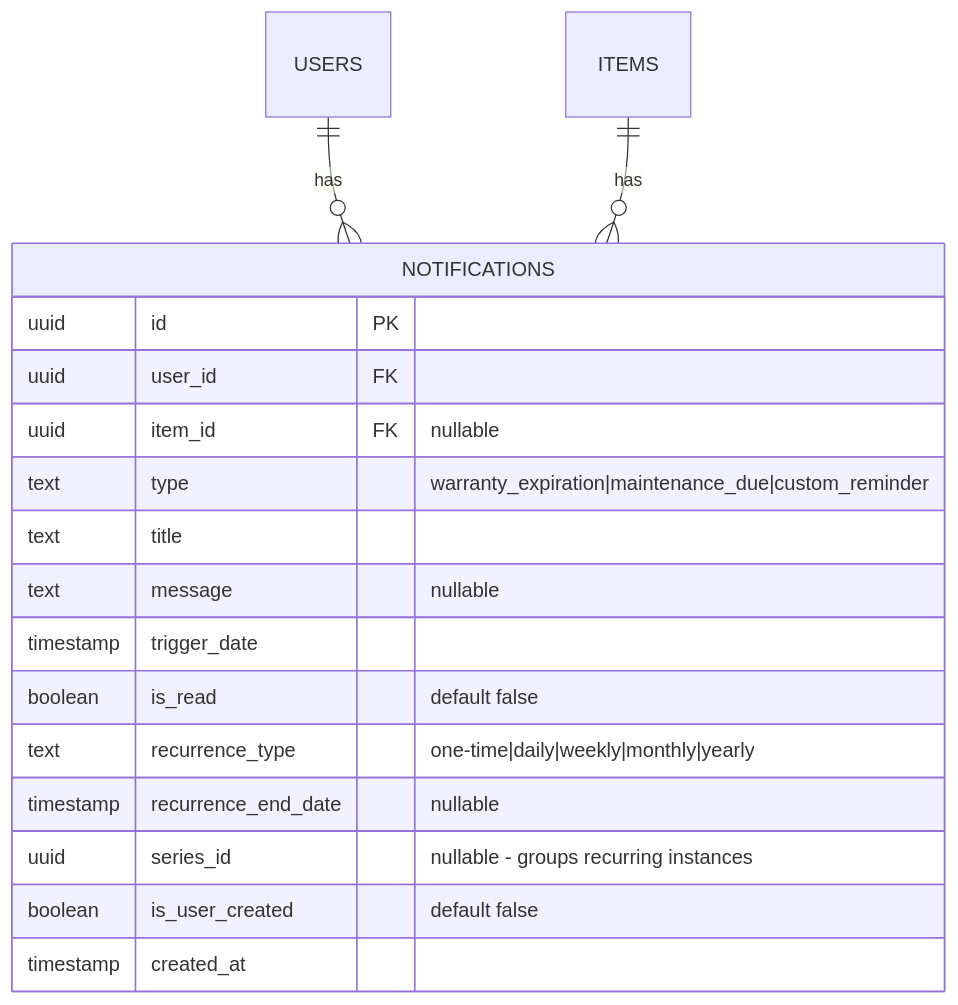
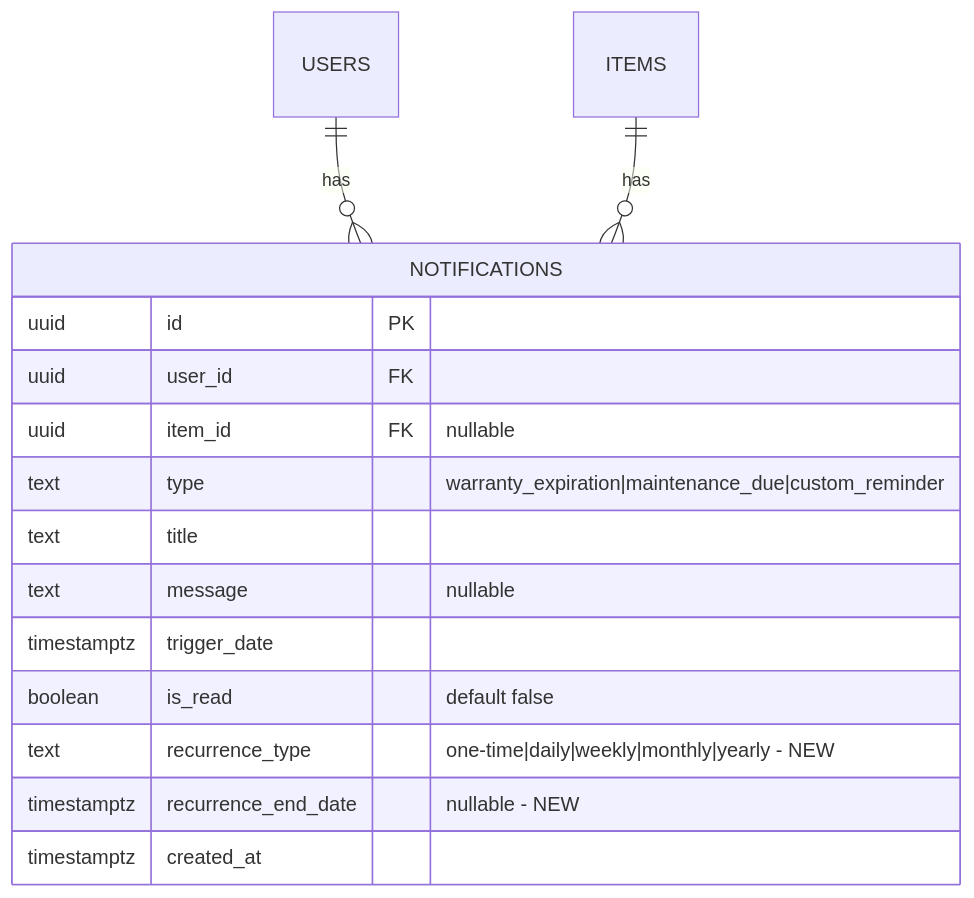
Before and after one commit to dalepike/sifi: the diagram in docs/plans/2026-02-02-feat-item-level-custom-notifications-plan.md, drawn with Mermaid. The commit also changed other lines of this file and 15 other files, not shown here.

````diff
--- a/docs/plans/2026-02-02-feat-item-level-custom-notifications-plan.md
+++ b/docs/plans/2026-02-02-feat-item-level-custom-notifications-plan.md
@@ -275,21 +547,19 @@
 ```mermaid
 erDiagram
     USERS ||--o{ NOTIFICATIONS : has
     ITEMS ||--o{ NOTIFICATIONS : has
 
     NOTIFICATIONS {
         uuid id PK
         uuid user_id FK
         uuid item_id FK "nullable"
         text type "warranty_expiration|maintenance_due|custom_reminder"
         text title
         text message "nullable"
-        timestamp trigger_date
+        timestamptz trigger_date
         boolean is_read "default false"
-        text recurrence_type "one-time|daily|weekly|monthly|yearly"
-        timestamp recurrence_end_date "nullable"
-        uuid series_id "nullable - groups recurring instances"
-        boolean is_user_created "default false"
-        timestamp created_at
+        text recurrence_type "one-time|daily|weekly|monthly|yearly - NEW"
+        timestamptz recurrence_end_date "nullable - NEW"
+        timestamptz created_at
     }
 ```
````
